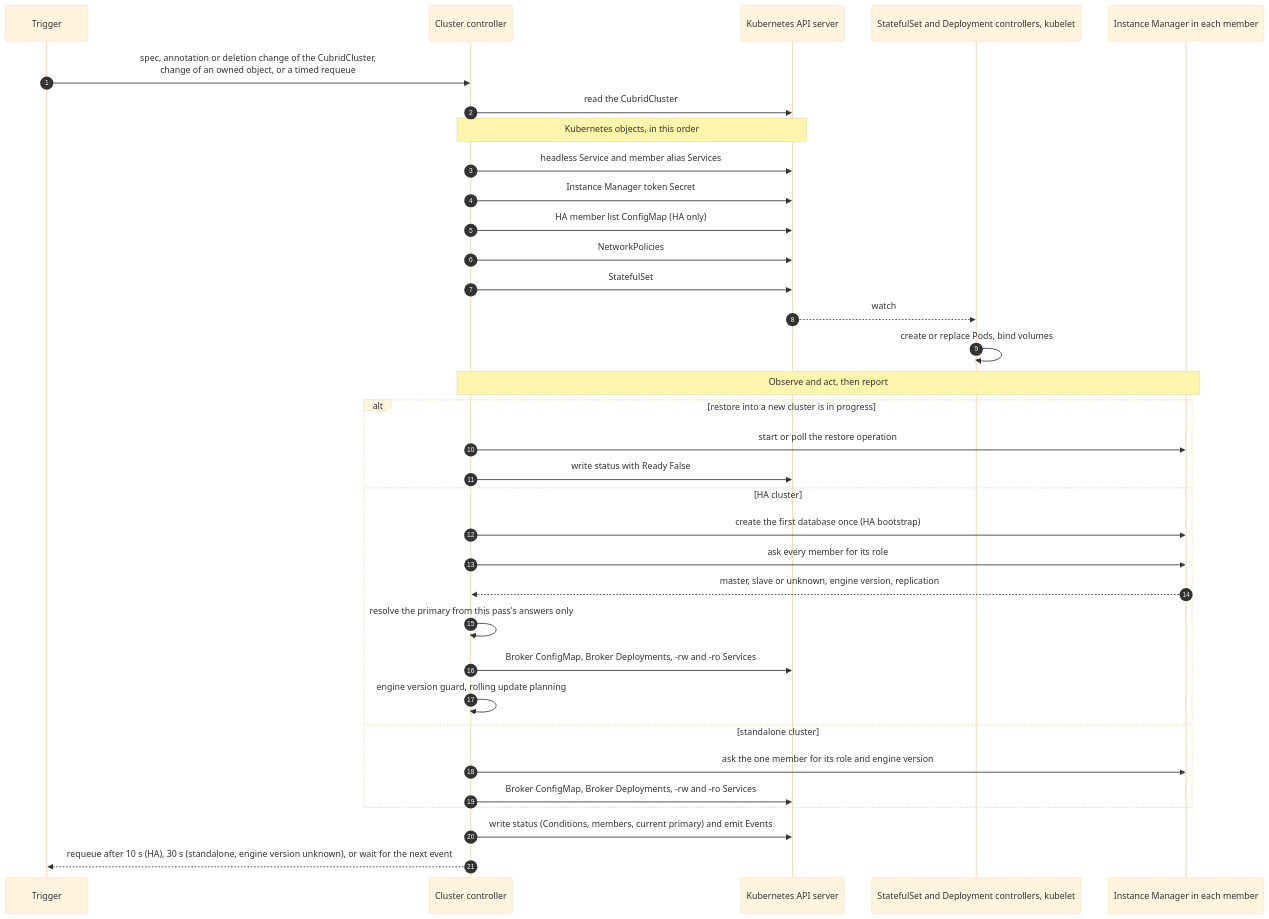
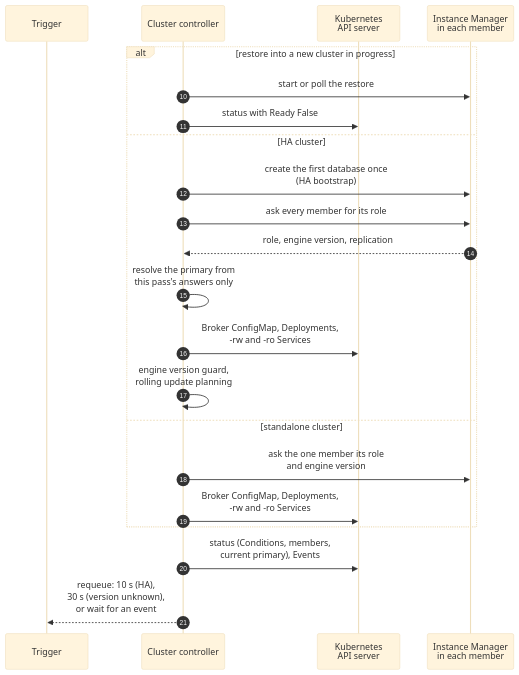
One commit to cubrid-lab/cubrid-kubernetes-operator changed the second of 3 diagrams in docs/architecture/reconciliation.md. Above: the diagram before and after it, drawn with Mermaid (base theme). The commit also changed other lines of this file and 4 other files, not shown here.

First line of the commit message:
docs(architecture): make the diagrams readable on GitHub and cite code by symbol

````diff
--- a/docs/architecture/reconciliation.md
+++ b/docs/architecture/reconciliation.md
@@ -23,37 +51,25 @@
 ```mermaid
 sequenceDiagram
-    autonumber
+    autonumber 10
     participant T as Trigger
     participant CC as Cluster controller
-    participant API as Kubernetes API server
-    participant K8S as StatefulSet and Deployment controllers, kubelet
-    participant IM as Instance Manager in each member
+    participant API as Kubernetes<br/>API server
+    participant IM as Instance Manager<br/>in each member
 
-    T->>CC: spec, annotation or deletion change of the CubridCluster,<br/>change of an owned object, or a timed requeue
-    CC->>API: read the CubridCluster
-    Note over CC,API: Kubernetes objects, in this order
-    CC->>API: headless Service and member alias Services
-    CC->>API: Instance Manager token Secret
-    CC->>API: HA member list ConfigMap (HA only)
-    CC->>API: NetworkPolicies
-    CC->>API: StatefulSet
-    API-->>K8S: watch
-    K8S->>K8S: create or replace Pods, bind volumes
-    Note over CC,IM: Observe and act, then report
-    alt restore into a new cluster is in progress
-        CC->>IM: start or poll the restore operation
-        CC->>API: write status with Ready False
+    alt restore into a new cluster in progress
+        CC->>IM: start or poll the restore
+        CC->>API: status with Ready False
     else HA cluster
-        CC->>IM: create the first database once (HA bootstrap)
+        CC->>IM: create the first database once<br/>(HA bootstrap)
         CC->>IM: ask every member for its role
-        IM-->>CC: master, slave or unknown, engine version, replication
-        CC->>CC: resolve the primary from this pass's answers only
-        CC->>API: Broker ConfigMap, Broker Deployments, -rw and -ro Services
-        CC->>CC: engine version guard, rolling update planning
+        IM-->>CC: role, engine version, replication
+        CC->>CC: resolve the primary from<br/>this pass's answers only
+        CC->>API: Broker ConfigMap, Deployments,<br/>-rw and -ro Services
+        CC->>CC: engine version guard,<br/>rolling update planning
     else standalone cluster
-        CC->>IM: ask the one member for its role and engine version
-        CC->>API: Broker ConfigMap, Broker Deployments, -rw and -ro Services
+        CC->>IM: ask the one member its role<br/>and engine version
+        CC->>API: Broker ConfigMap, Deployments,<br/>-rw and -ro Services
     end
-    CC->>API: write status (Conditions, members, current primary) and emit Events
-    CC-->>T: requeue after 10 s (HA), 30 s (standalone, engine version unknown), or wait for the next event
+    CC->>API: status (Conditions, members,<br/>current primary), Events
+    CC-->>T: requeue: 10 s (HA),<br/>30 s (version unknown),<br/>or wait for an event
 ```
````
